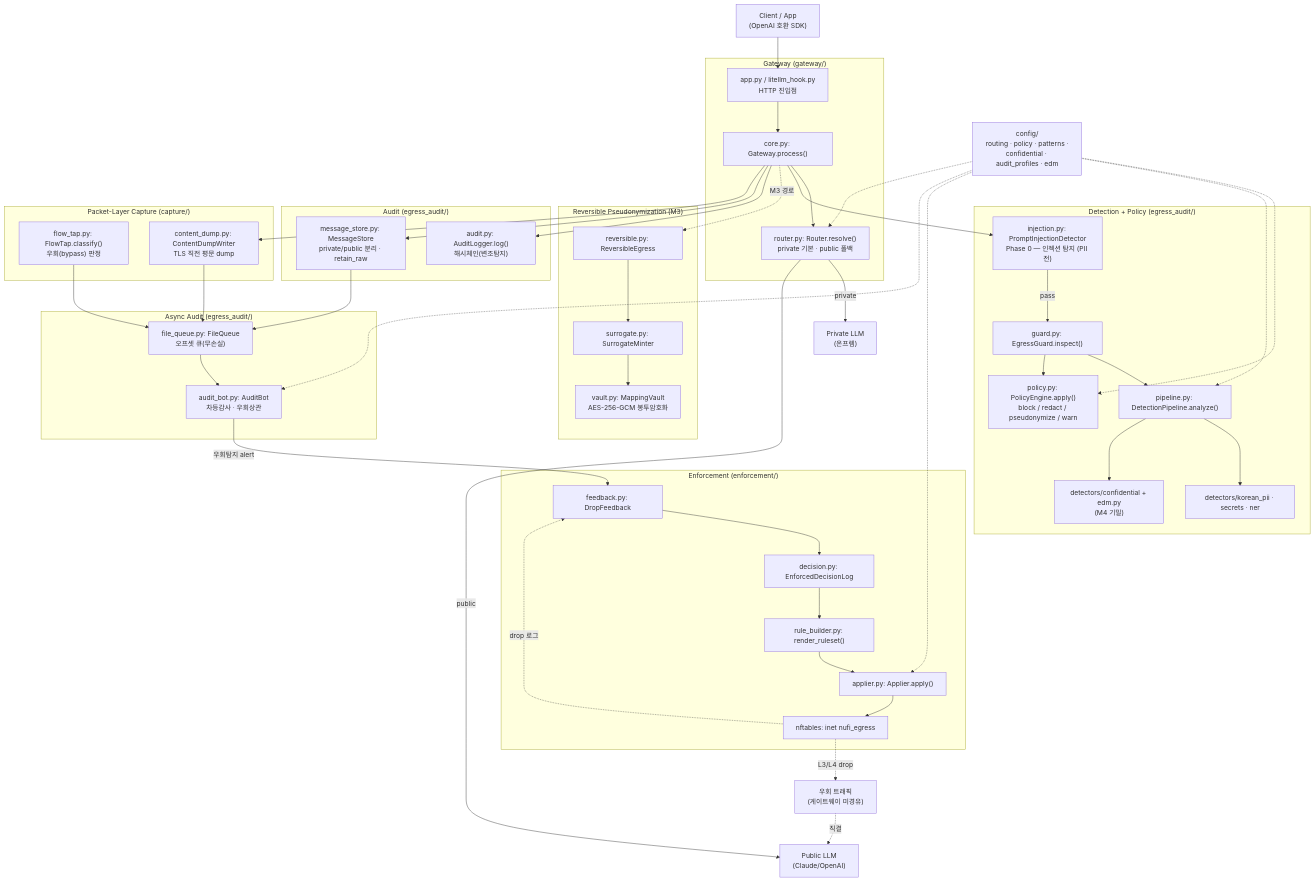
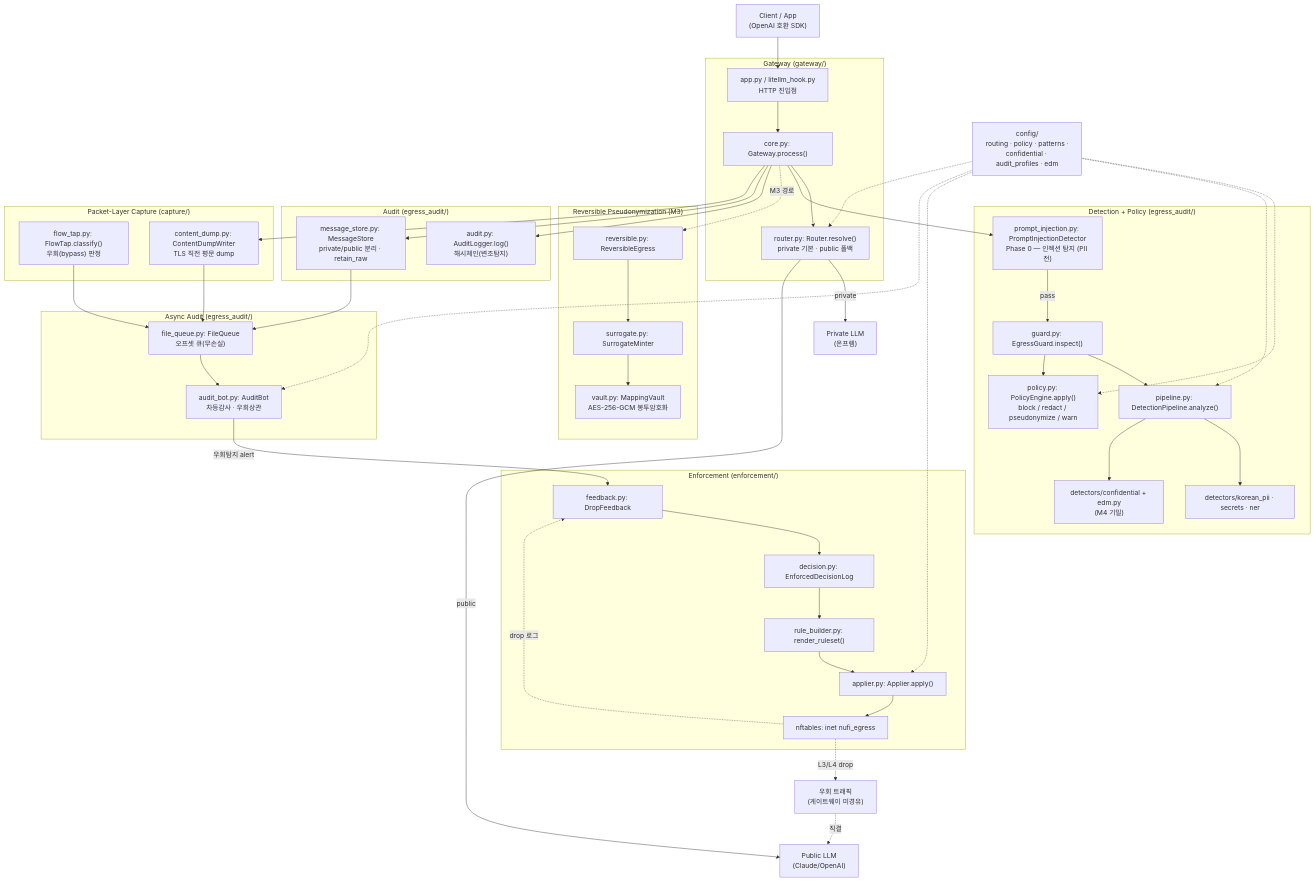
The first of 5 diagrams in docs/ARCHITECTURE.md (dudaji/nufi-security), drawn with Mermaid before and after one commit. The commit also changed other lines of this file and 4 other files, not shown here.

````diff
--- a/docs/ARCHITECTURE.md
+++ b/docs/ARCHITECTURE.md
@@ -30,82 +30,82 @@
 ```mermaid
 flowchart TB
   client["Client / App<br/>(OpenAI 호환 SDK)"]
 
   subgraph GW["Gateway (gateway/)"]
     app["app.py / litellm_hook.py<br/>HTTP 진입점"]
     core["core.py: Gateway.process()"]
     router["router.py: Router.resolve()<br/>private 기본 · public 폴백"]
   end
 
   subgraph DET["Detection + Policy (egress_audit/)"]
-    inj["injection.py: PromptInjectionDetector<br/>Phase 0 — 인젝션 탐지 (PII 전)"]
+    inj["prompt_injection.py: PromptInjectionDetector<br/>Phase 0 — 인젝션 탐지 (PII 전)"]
     guard["guard.py: EgressGuard.inspect()"]
     pipe["pipeline.py: DetectionPipeline.analyze()"]
     pii["detectors/korean_pii · secrets · ner"]
     conf["detectors/confidential + edm.py<br/>(M4 기밀)"]
     policy["policy.py: PolicyEngine.apply()<br/>block / redact / pseudonymize / warn"]
   end
 
   subgraph M3["Reversible Pseudonymization (M3)"]
     rev["reversible.py: ReversibleEgress"]
     sur["surrogate.py: SurrogateMinter"]
     vault["vault.py: MappingVault<br/>AES-256-GCM 봉투암호화"]
   end
 
   subgraph AUD["Audit (egress_audit/)"]
     audit["audit.py: AuditLogger.log()<br/>해시체인(변조탐지)"]
     store["message_store.py: MessageStore<br/>private/public 분리 · retain_raw"]
   end
 
   subgraph CAP["Packet-Layer Capture (capture/)"]
     flow["flow_tap.py: FlowTap.classify()<br/>우회(bypass) 판정"]
     dump["content_dump.py: ContentDumpWriter<br/>TLS 직전 평문 dump"]
   end
 
   subgraph BOT["Async Audit (egress_audit/)"]
     queue["file_queue.py: FileQueue<br/>오프셋 큐(무손실)"]
     bot["audit_bot.py: AuditBot<br/>차등감사 · 우회상관"]
   end
 
   subgraph ENF["Enforcement (enforcement/)"]
     feedback["feedback.py: DropFeedback"]
     decision["decision.py: EnforcedDecisionLog"]
     builder["rule_builder.py: render_ruleset()"]
     applier["applier.py: Applier.apply()"]
     nft["nftables: inet nufi_egress"]
   end
 
   cfg["config/<br/>routing · policy · patterns ·<br/>confidential · audit_profiles · edm"]
 
   upPriv["Private LLM<br/>(온프렘)"]
   upPub["Public LLM<br/>(Claude/OpenAI)"]
 
   client --> app --> core --> router
   core --> inj
   inj -->|pass| guard --> pipe
   pipe --> pii
   pipe --> conf
   guard --> policy
   core -.M3 경로.-> rev --> sur --> vault
   core --> audit
   core --> store
   core --> dump
   router -->|private| upPriv
   router -->|public| upPub
 
   store --> queue
   dump --> queue
   flow --> queue
   queue --> bot
   bot -->|우회탐지 alert| feedback
   feedback --> decision --> builder --> applier --> nft
   nft -. drop 로그 .-> feedback
   bypassClient["우회 트래픽<br/>(게이트웨이 미경유)"] -.->|직결| upPub
   nft -. L3/L4 drop .-> bypassClient
 
   cfg -.-> router
   cfg -.-> policy
   cfg -.-> pipe
   cfg -.-> applier
   cfg -.-> bot
 ```
````
